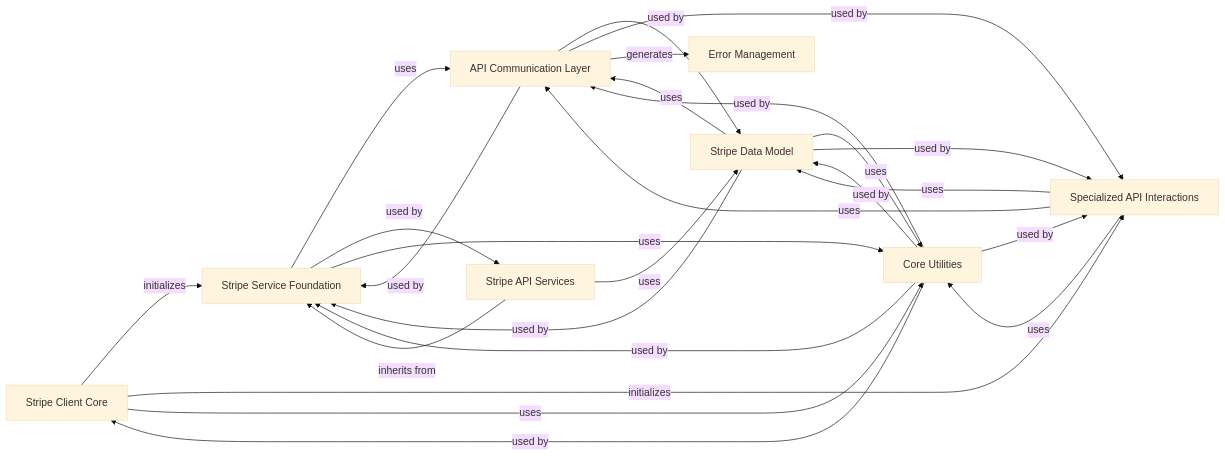
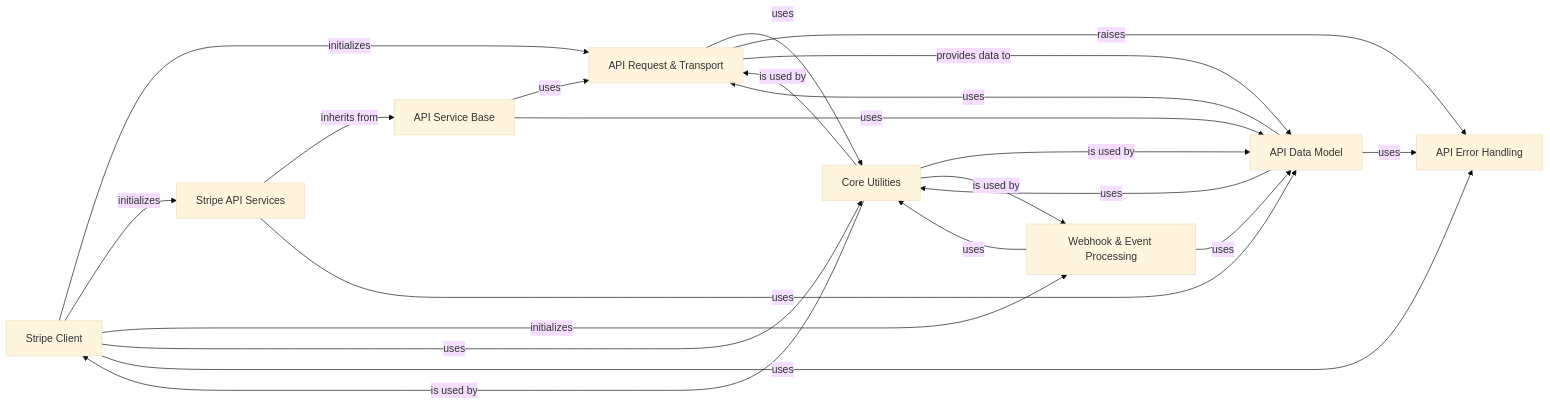
Before and after one commit to CodeBoarding/GeneratedOnBoardings: the diagram in stripe-python/on_boarding.md, drawn with Mermaid (base theme). The commit also changed other lines of this file and 14 other files, not shown here.

Commit message:
Uploading onboarding materials for stripe-python

````diff
--- a/stripe-python/on_boarding.md
+++ b/stripe-python/on_boarding.md
@@ -1,43 +1,40 @@
 ```mermaid
 graph LR
-    Stripe_Client_Core["Stripe Client Core"]
-    API_Communication_Layer["API Communication Layer"]
-    Stripe_Service_Foundation["Stripe Service Foundation"]
-    Stripe_Data_Model["Stripe Data Model"]
-    Error_Management["Error Management"]
+    Stripe_Client["Stripe Client"]
+    API_Request_Transport["API Request & Transport"]
+    API_Data_Model["API Data Model"]
+    API_Service_Base["API Service Base"]
+    API_Error_Handling["API Error Handling"]
     Core_Utilities["Core Utilities"]
-    Specialized_API_Interactions["Specialized API Interactions"]
+    Webhook_Event_Processing["Webhook & Event Processing"]
     Stripe_API_Services["Stripe API Services"]
-    Stripe_Client_Core -- "initializes" --> Stripe_Service_Foundation
-    Stripe_Client_Core -- "initializes" --> Specialized_API_Interactions
-    Stripe_Client_Core -- "uses" --> Core_Utilities
-    API_Communication_Layer -- "used by" --> Stripe_Service_Foundation
-    API_Communication_Layer -- "used by" --> Stripe_Data_Model
-    API_Communication_Layer -- "used by" --> Specialized_API_Interactions
-    API_Communication_Layer -- "generates" --> Error_Management
-    Stripe_Service_Foundation -- "uses" --> API_Communication_Layer
-    Stripe_Service_Foundation -- "used by" --> Stripe_API_Services
-    Stripe_Service_Foundation -- "uses" --> Core_Utilities
-    Stripe_Data_Model -- "used by" --> Stripe_Service_Foundation
-    Stripe_Data_Model -- "uses" --> API_Communication_Layer
-    Stripe_Data_Model -- "uses" --> Core_Utilities
-    Stripe_Data_Model -- "used by" --> Specialized_API_Interactions
-    Core_Utilities -- "used by" --> Stripe_Client_Core
-    Core_Utilities -- "used by" --> API_Communication_Layer
-    Core_Utilities -- "used by" --> Stripe_Service_Foundation
-    Core_Utilities -- "used by" --> Stripe_Data_Model
-    Core_Utilities -- "used by" --> Specialized_API_Interactions
-    Specialized_API_Interactions -- "uses" --> API_Communication_Layer
-    Specialized_API_Interactions -- "uses" --> Stripe_Data_Model
-    Specialized_API_Interactions -- "uses" --> Core_Utilities
-    Stripe_API_Services -- "inherits from" --> Stripe_Service_Foundation
-    Stripe_API_Services -- "uses" --> Stripe_Data_Model
-    click Stripe_Client_Core href "https://github.com/CodeBoarding/GeneratedOnBoardings/blob/main/stripe-python/Stripe Client Core.md" "Details"
-    click API_Communication_Layer href "https://github.com/CodeBoarding/GeneratedOnBoardings/blob/main/stripe-python/API Communication Layer.md" "Details"
-    click Stripe_Service_Foundation href "https://github.com/CodeBoarding/GeneratedOnBoardings/blob/main/stripe-python/Stripe Service Foundation.md" "Details"
-    click Stripe_Data_Model href "https://github.com/CodeBoarding/GeneratedOnBoardings/blob/main/stripe-python/Stripe Data Model.md" "Details"
-    click Error_Management href "https://github.com/CodeBoarding/GeneratedOnBoardings/blob/main/stripe-python/Error Management.md" "Details"
+    Stripe_Client -- "initializes" --> API_Request_Transport
+    Stripe_Client -- "initializes" --> Stripe_API_Services
+    Stripe_Client -- "initializes" --> Webhook_Event_Processing
+    Stripe_Client -- "uses" --> Core_Utilities
+    Stripe_Client -- "uses" --> API_Error_Handling
+    API_Request_Transport -- "uses" --> Core_Utilities
+    API_Request_Transport -- "raises" --> API_Error_Handling
+    API_Request_Transport -- "provides data to" --> API_Data_Model
+    API_Data_Model -- "uses" --> API_Request_Transport
+    API_Data_Model -- "uses" --> Core_Utilities
+    API_Data_Model -- "uses" --> API_Error_Handling
+    API_Service_Base -- "uses" --> API_Request_Transport
+    API_Service_Base -- "uses" --> API_Data_Model
+    Core_Utilities -- "is used by" --> Stripe_Client
+    Core_Utilities -- "is used by" --> API_Request_Transport
+    Core_Utilities -- "is used by" --> API_Data_Model
+    Core_Utilities -- "is used by" --> Webhook_Event_Processing
+    Webhook_Event_Processing -- "uses" --> Core_Utilities
+    Webhook_Event_Processing -- "uses" --> API_Data_Model
+    Stripe_API_Services -- "inherits from" --> API_Service_Base
+    Stripe_API_Services -- "uses" --> API_Data_Model
+    click Stripe_Client href "https://github.com/CodeBoarding/GeneratedOnBoardings/blob/main/stripe-python/Stripe Client.md" "Details"
+    click API_Request_Transport href "https://github.com/CodeBoarding/GeneratedOnBoardings/blob/main/stripe-python/API Request & Transport.md" "Details"
+    click API_Data_Model href "https://github.com/CodeBoarding/GeneratedOnBoardings/blob/main/stripe-python/API Data Model.md" "Details"
+    click API_Service_Base href "https://github.com/CodeBoarding/GeneratedOnBoardings/blob/main/stripe-python/API Service Base.md" "Details"
+    click API_Error_Handling href "https://github.com/CodeBoarding/GeneratedOnBoardings/blob/main/stripe-python/API Error Handling.md" "Details"
     click Core_Utilities href "https://github.com/CodeBoarding/GeneratedOnBoardings/blob/main/stripe-python/Core Utilities.md" "Details"
-    click Specialized_API_Interactions href "https://github.com/CodeBoarding/GeneratedOnBoardings/blob/main/stripe-python/Specialized API Interactions.md" "Details"
+    click Webhook_Event_Processing href "https://github.com/CodeBoarding/GeneratedOnBoardings/blob/main/stripe-python/Webhook & Event Processing.md" "Details"
     click Stripe_API_Services href "https://github.com/CodeBoarding/GeneratedOnBoardings/blob/main/stripe-python/Stripe API Services.md" "Details"
 ```
````
